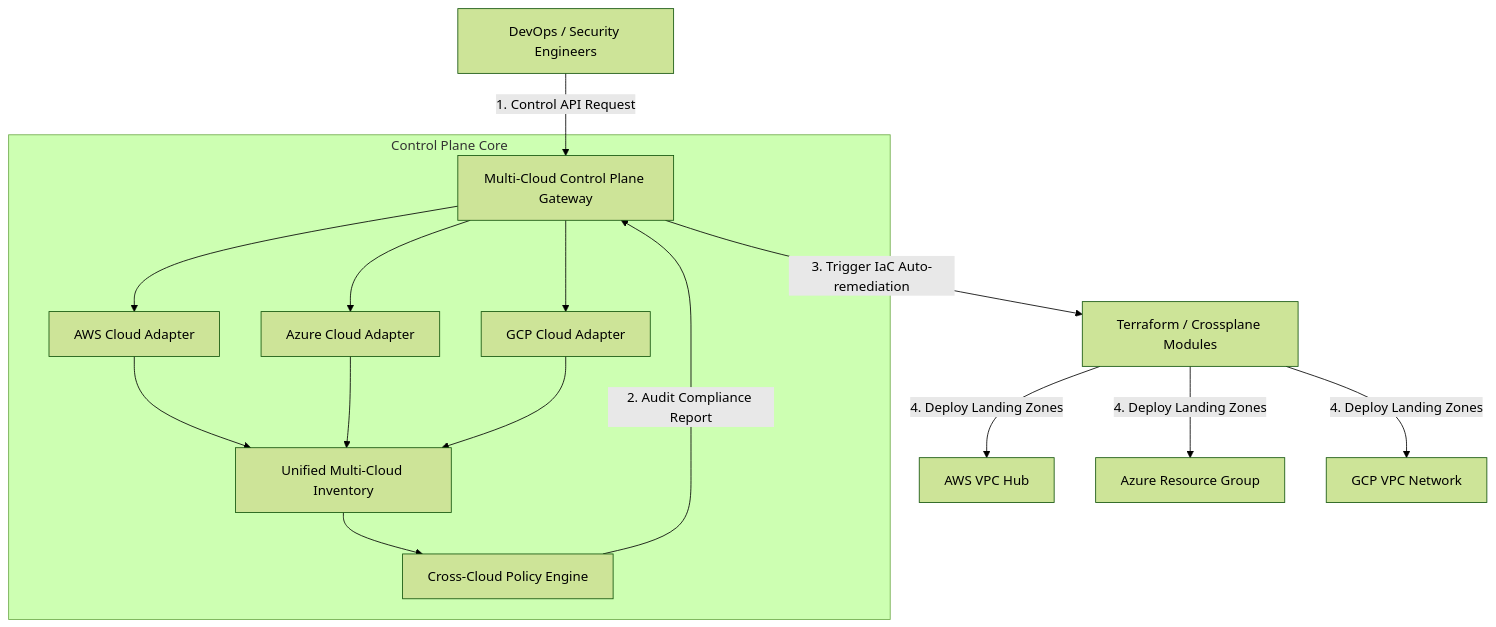
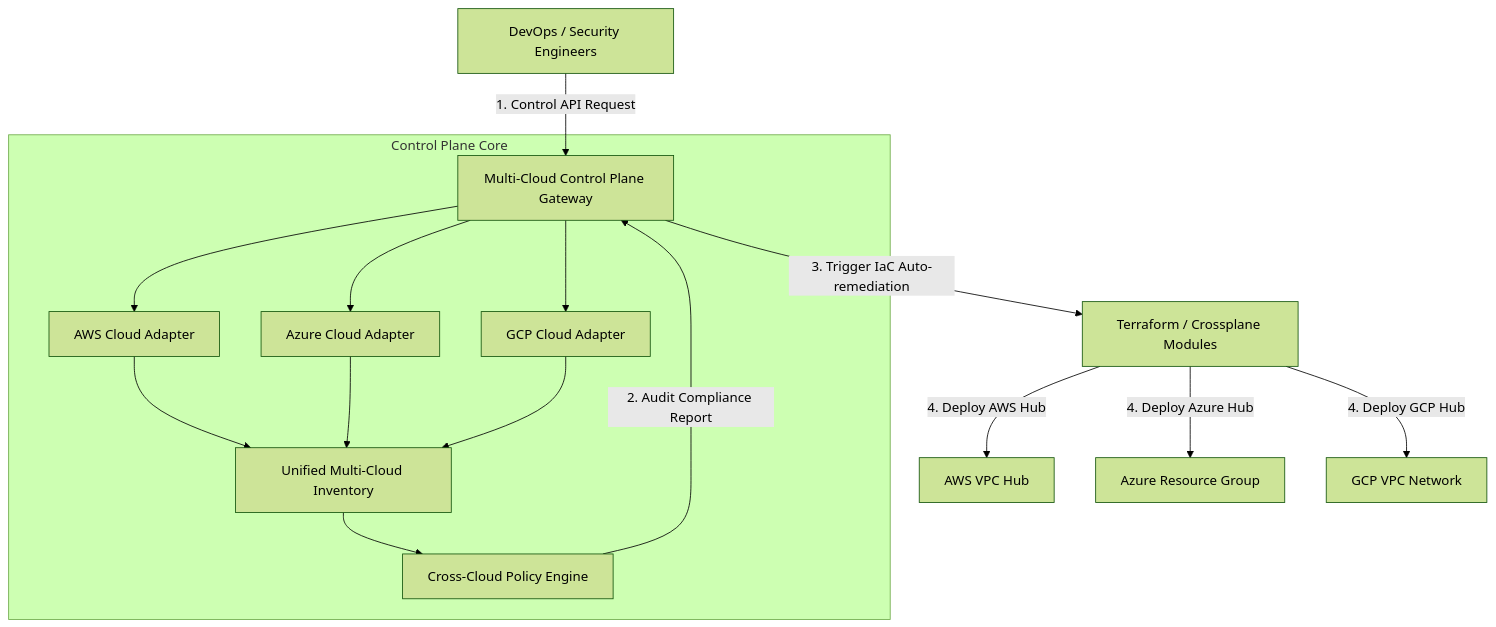
Before and after one commit to Devopstrio/multicloud-control-plane: the diagram in README.md, drawn with Mermaid (forest theme).

Commit message:
fix(readme): fix GitHub mermaid diagram syntax multi-node join syntax

````diff
--- a/README.md
+++ b/README.md
@@ -32,17 +32,21 @@
 ```mermaid
 flowchart TD
     A[DevOps / Security Engineers] -->|1. Control API Request| B[Multi-Cloud Control Plane Gateway]
     
     subgraph Control Plane Core
         B --> C[AWS Cloud Adapter]
         B --> D[Azure Cloud Adapter]
         B --> E[GCP Cloud Adapter]
         
-        C & D & E --> F[Unified Multi-Cloud Inventory]
+        C --> F[Unified Multi-Cloud Inventory]
+        D --> F
+        E --> F
         F --> G[Cross-Cloud Policy Engine]
     end
 
     G -->|2. Audit Compliance Report| B
     B -->|3. Trigger IaC Auto-remediation| H[Terraform / Crossplane Modules]
-    H -->|4. Deploy Landing Zones| I[AWS VPC Hub] & J[Azure Resource Group] & K[GCP VPC Network]
+    H -->|4. Deploy AWS Hub| I[AWS VPC Hub]
+    H -->|4. Deploy Azure Hub| J[Azure Resource Group]
+    H -->|4. Deploy GCP Hub| K[GCP VPC Network]
 ```
````
